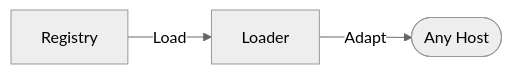
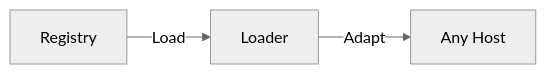
One commit to ARPAHLS/skillware changed the diagram in README.md. Above: the diagram before and after it, drawn with Mermaid (neutral theme). The commit also changed other lines of this file and 4 other files, not shown here.

````diff
--- a/README.md
+++ b/README.md
@@ -58,5 +58,5 @@
 ```mermaid
 flowchart LR
     Registry[Registry] -->|Load| Loader[Loader]
-    Loader -->|Adapt| AnyHost([Any Host])
+    Loader -->|Adapt| AnyHost["Any Host"]
 ```
````
